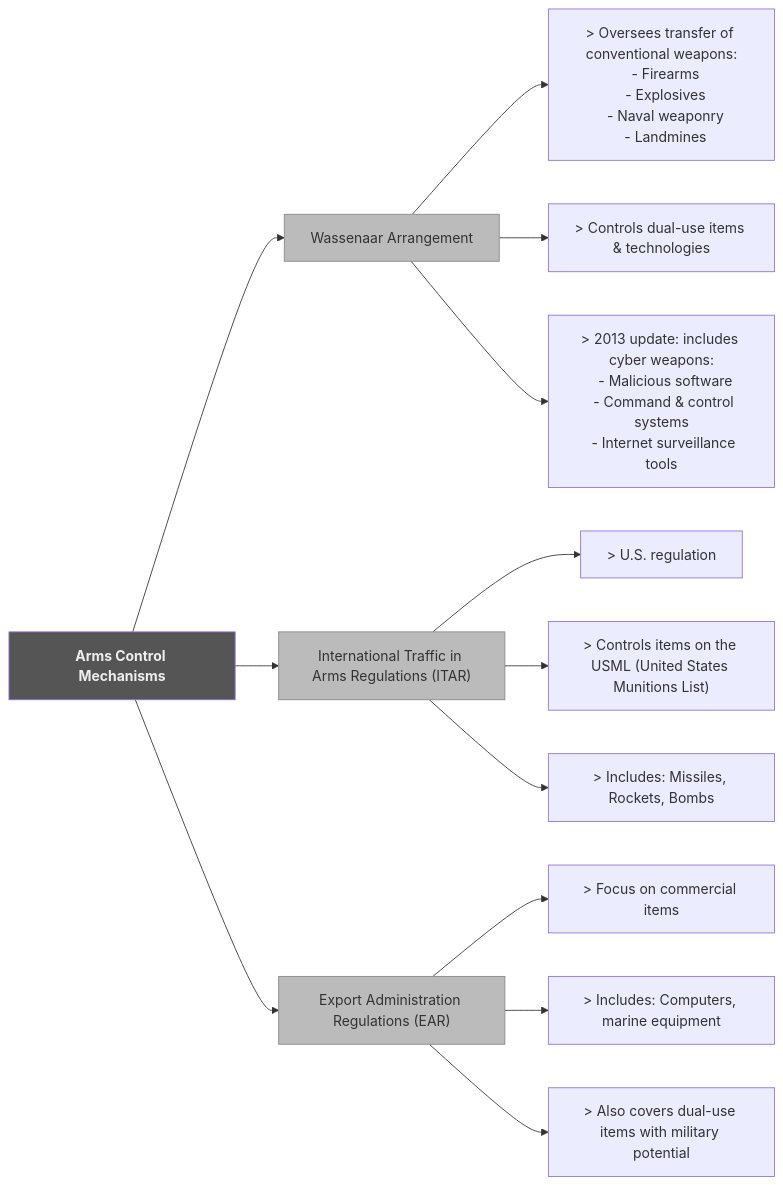
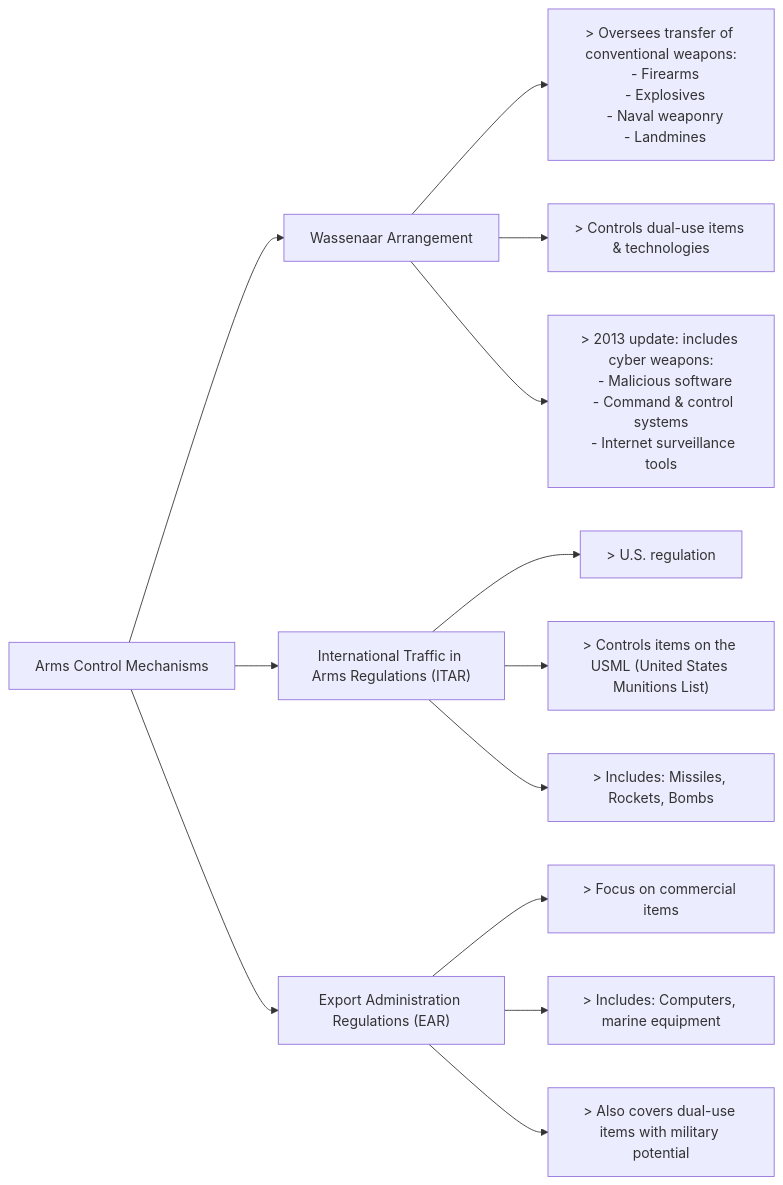
One commit to lorenzoleonelli/CISSP-Zero-to-Hero changed the diagram in DOMAIN1: The Cybersecurity Manager/1.4 Understand legal, regulatory, and compliance issues that pertain to information security in a holistic context.md. Above: the diagram before and after it, drawn with Mermaid.

Commit message:
Update 1.4 Understand legal, regulatory, and compliance issues that pertain to information security in a holistic context.md

````diff
--- a/DOMAIN1: The Cybersecurity Manager/1.4 Understand legal, regulatory, and compliance issues that pertain to information security in a holistic context.md
+++ b/DOMAIN1: The Cybersecurity Manager/1.4 Understand legal, regulatory, and compliance issues that pertain to information security in a holistic context.md
@@ -191,23 +191,22 @@
 ```mermaid 
 flowchart LR
     A["Arms Control Mechanisms"]:::header
 
     A --> WA["Wassenaar Arrangement"]:::box
     A --> ITAR["International Traffic in Arms Regulations (ITAR)"]:::box
     A --> EAR["Export Administration Regulations (EAR)"]:::box
 
     WA --> WA1["> Oversees transfer of conventional weapons:\n  - Firearms\n  - Explosives\n  - Naval weaponry\n  - Landmines"]
     WA --> WA2["> Controls dual-use items & technologies"]
     WA --> WA3["> 2013 update: includes cyber weapons:\n  - Malicious software\n  - Command & control systems\n  - Internet surveillance tools"]
 
     ITAR --> ITAR1["> U.S. regulation"]
     ITAR --> ITAR2["> Controls items on the USML (United States Munitions List)"]
     ITAR --> ITAR3["> Includes: Missiles, Rockets, Bombs"]
 
     EAR --> EAR1["> Focus on commercial items"]
     EAR --> EAR2["> Includes: Computers, marine equipment"]
     EAR --> EAR3["> Also covers dual-use items with military potential"]
 
-    classDef header fill:#555555,color:#eeeeee,font-weight:bold
-    classDef box fill:#bbbbbb,stroke:#888888,stroke-width:1px
+
 ```
````
